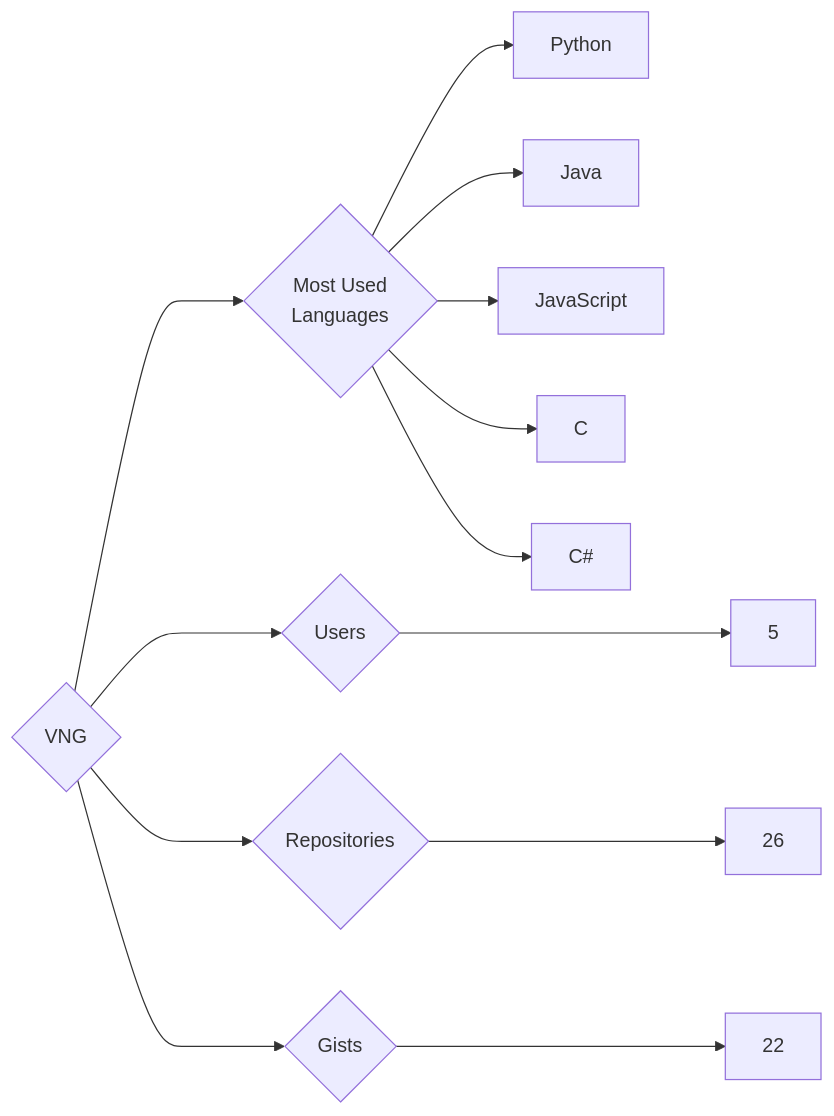
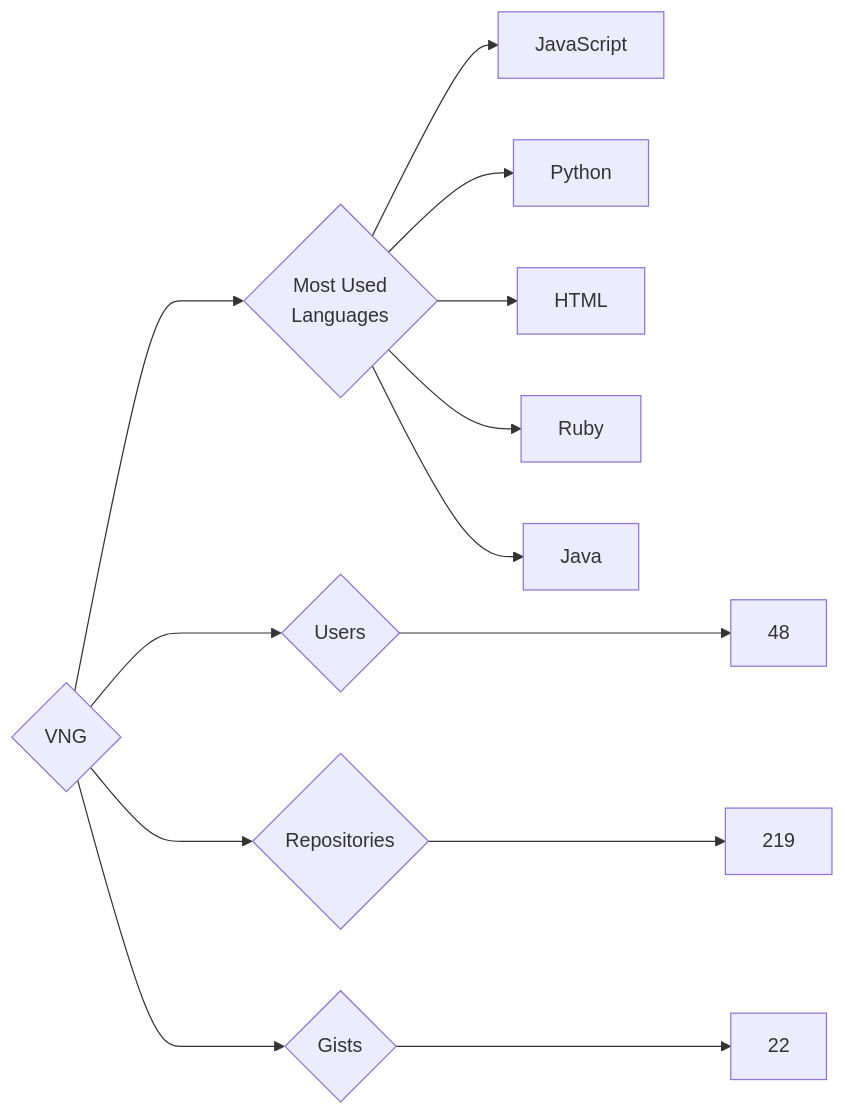
Before and after one commit to trickest/insiders: the diagram in targets/VNG/README.md, drawn with Mermaid. The commit also changed 725 other files, not shown here.

````diff
--- a/targets/VNG/README.md
+++ b/targets/VNG/README.md
@@ -3,13 +3,13 @@
 ```mermaid
 graph LR
 COMPANY_NAME{VNG}
-COMPANY_NAME ---> U{Users} ---> UN[5]
-COMPANY_NAME ---> R{Repositories} ---> RN[26]
+COMPANY_NAME ---> U{Users} ---> UN[48]
+COMPANY_NAME ---> R{Repositories} ---> RN[219]
 COMPANY_NAME ---> G{Gists} ---> GN[22]
 COMPANY_NAME ---> ML{Most Used<br>Languages}
+ML --> JavaScript[JavaScript]
 ML --> Python[Python]
+ML --> HTML[HTML]
+ML --> Ruby[Ruby]
 ML --> Java[Java]
-ML --> JavaScript[JavaScript]
-ML --> C[C]
-ML --> C#[C#]
 ```
````
